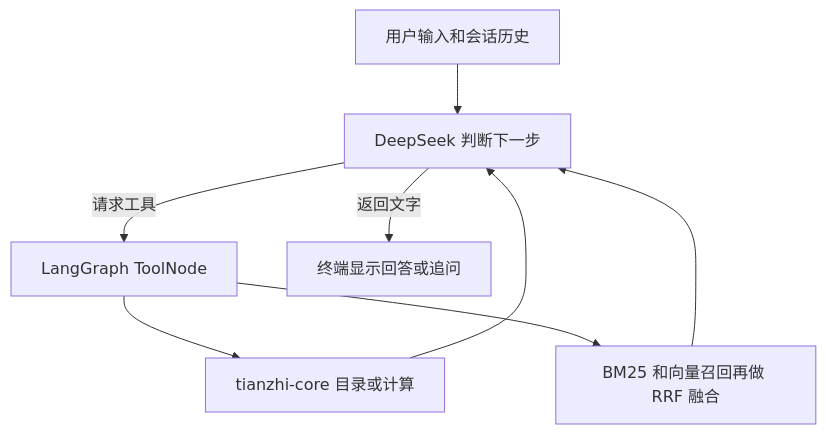
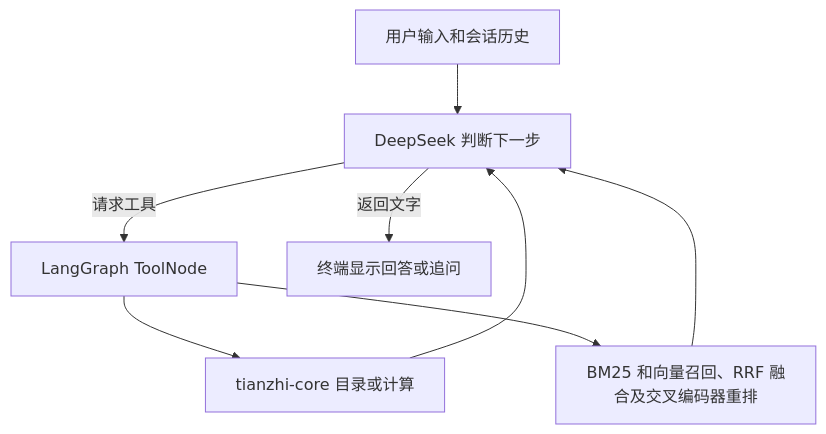
The diagram in README.md (rxiyo/fortuneTellerAgent), drawn with Mermaid before and after one commit. The commit also changed other lines of this file and 3 other files, not shown here.

````diff
--- a/README.md
+++ b/README.md
@@ -20,10 +20,10 @@
 ```mermaid
 flowchart TD
     A[用户输入和会话历史] --> B[DeepSeek 判断下一步]
     B -->|请求工具| C[LangGraph ToolNode]
     C --> D[tianzhi-core 目录或计算]
-    C --> E[BM25 和向量召回再做 RRF 融合]
+    C --> E[BM25 和向量召回、RRF 融合及交叉编码器重排]
     D --> B
     E --> B
     B -->|返回文字| F[终端显示回答或追问]
 ```
````
